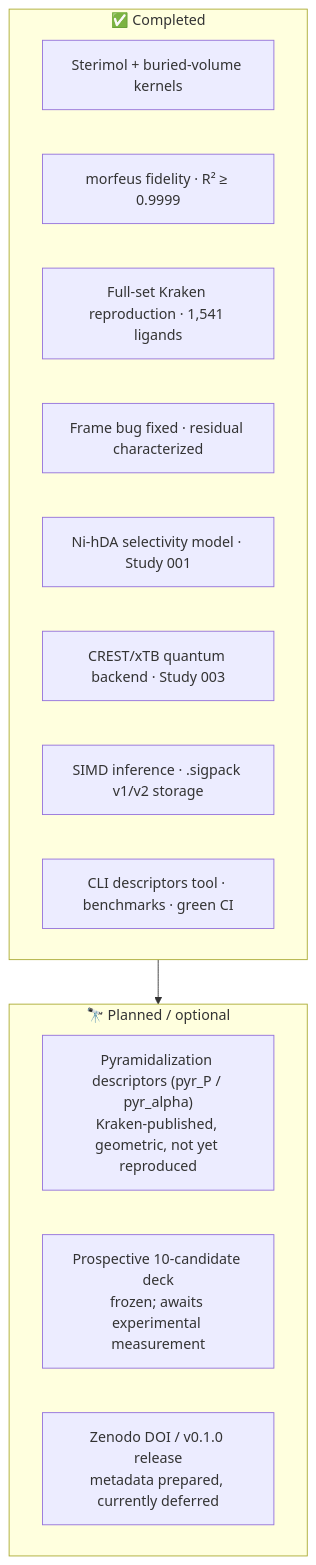
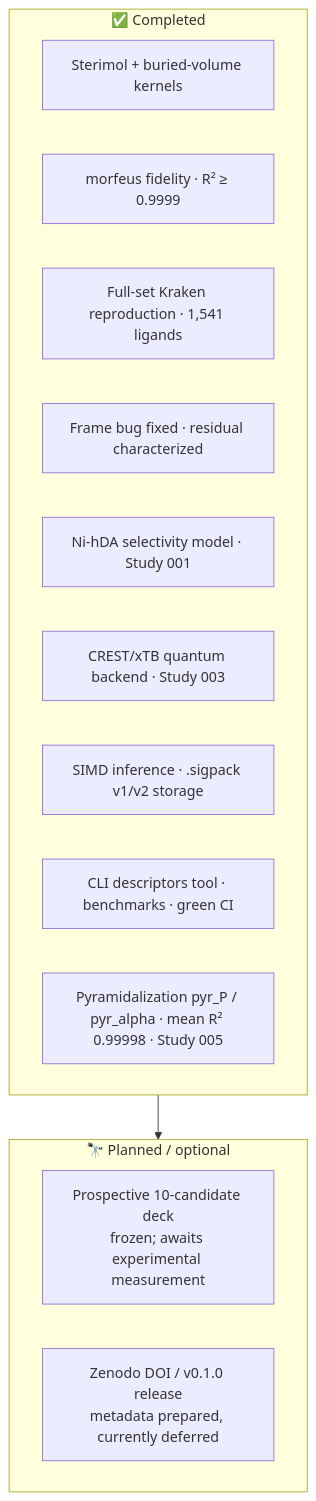
The second of 2 diagrams in README.md (AndrejRumenovski/StericX), drawn with Mermaid before and after one commit. The commit also changed other lines of this file and 11 other files, not shown here.

First line of the commit message:
feat: native pyramidalization descriptors + Study 005 (mean R² 0.99998)

````diff
--- a/README.md
+++ b/README.md
@@ -502,19 +545,19 @@
 ```mermaid
 graph TD
     subgraph Done["✅ Completed"]
         D1[Sterimol + buried-volume kernels]
         D2[morfeus fidelity · R² ≥ 0.9999]
         D3[Full-set Kraken reproduction · 1,541 ligands]
         D4[Frame bug fixed · residual characterized]
         D5[Ni-hDA selectivity model · Study 001]
         D6[CREST/xTB quantum backend · Study 003]
         D7[SIMD inference · .sigpack v1/v2 storage]
         D8[CLI descriptors tool · benchmarks · green CI]
+        D9[Pyramidalization pyr_P / pyr_alpha · mean R² 0.99998 · Study 005]
     end
     subgraph Next["🔭 Planned / optional"]
-        P1["Pyramidalization descriptors (pyr_P / pyr_alpha)<br/>Kraken-published, geometric, not yet reproduced"]
-        P2["Prospective 10-candidate deck<br/>frozen; awaits experimental measurement"]
-        P3["Zenodo DOI / v0.1.0 release<br/>metadata prepared, currently deferred"]
+        P1["Prospective 10-candidate deck<br/>frozen; awaits experimental measurement"]
+        P2["Zenodo DOI / v0.1.0 release<br/>metadata prepared, currently deferred"]
     end
     Done --> Next
 ```
````
